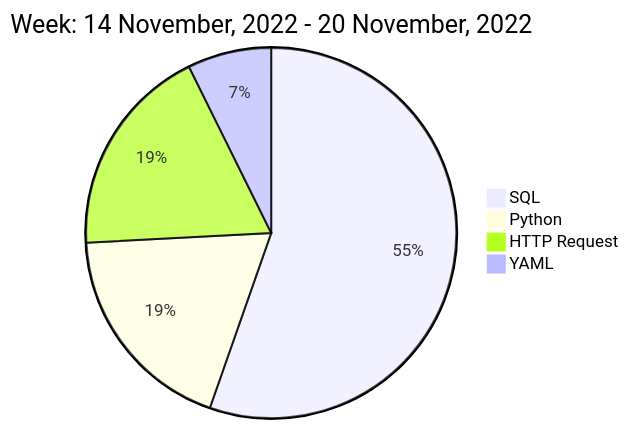
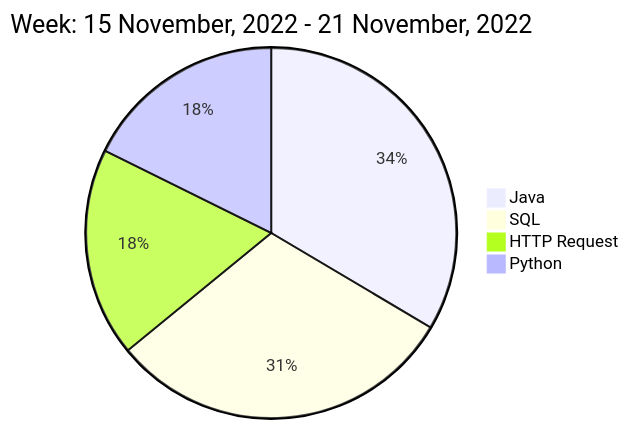
The diagram in README.md (liubin95/liubin95), drawn with Mermaid before and after one commit.

Commit message:
Updated the Graph with new Metrics

````diff
--- a/README.md
+++ b/README.md
@@ -40,8 +40,8 @@
 ```mermaid
  pie
-title Week: 14 November, 2022 - 20 November, 2022
- "SQL" : 5.83
- "Python" : 1.98
- "HTTP Request" : 1.95
- "YAML" : 0.77
+title Week: 15 November, 2022 - 21 November, 2022
+ "Java" : 3.07
+ "SQL" : 2.8
+ "HTTP Request" : 1.67
+ "Python" : 1.62
 ```
````
